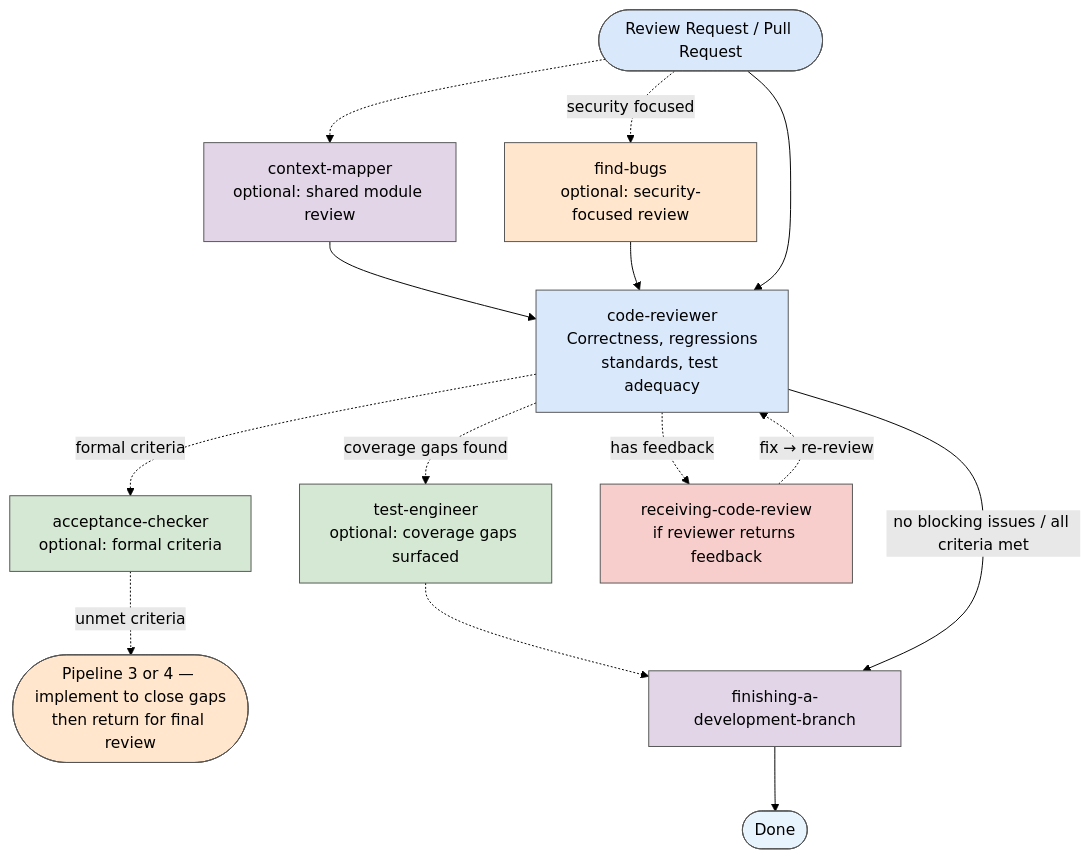
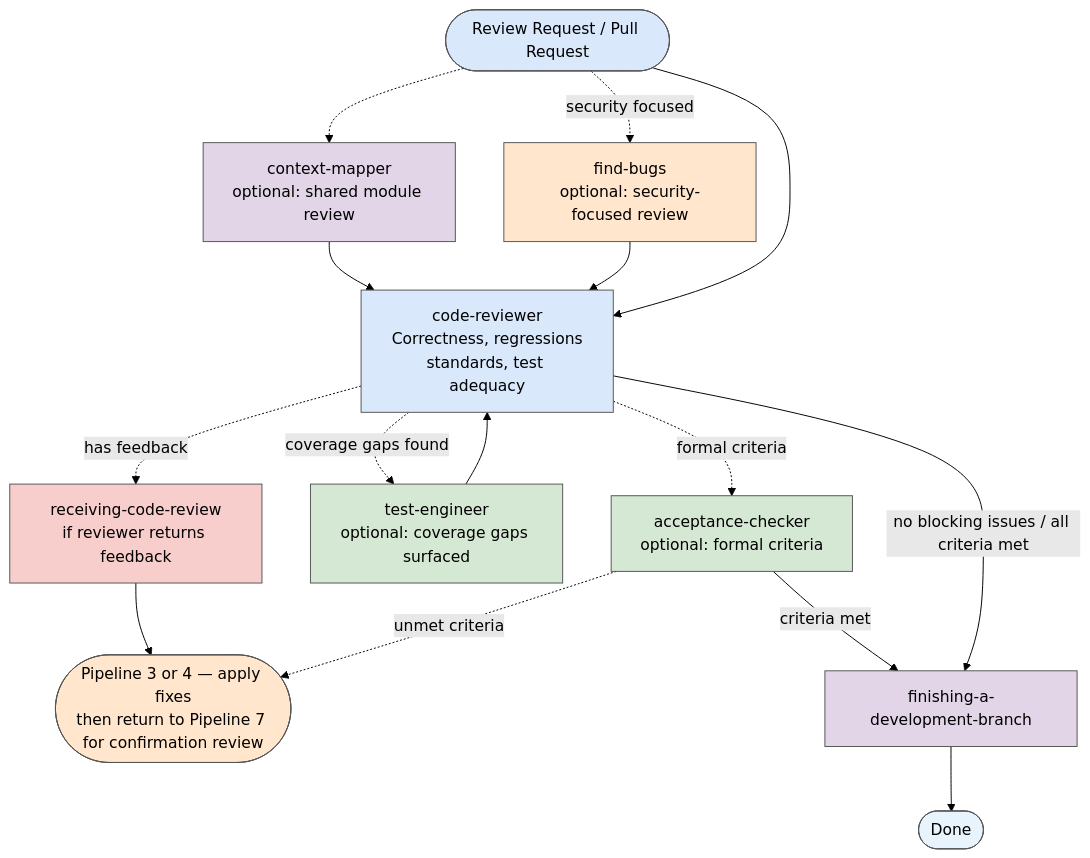
Before and after one commit to yuriyvsavchuk/devflow: the tenth of 13 diagrams in USER-MANUAL.md, drawn with Mermaid (forest theme). The commit also changed other lines of this file and 14 other files, not shown here.

````diff
--- a/USER-MANUAL.md
+++ b/USER-MANUAL.md
@@ -787,36 +919,37 @@
 ```mermaid
 graph TD
     classDef startEnd fill:#DAE8FC,stroke:#555
     classDef optional fill:#E1D5E7,stroke:#555
     classDef security fill:#FFE6CC,stroke:#555
     classDef review fill:#DAE8FC,stroke:#555
     classDef testing fill:#D5E8D4,stroke:#555
     classDef feedback fill:#F8CECC,stroke:#555
     classDef escalate fill:#FFE6CC,stroke:#555
     classDef done fill:#E8F4FD,stroke:#555
 
     start([Review Request / Pull Request]):::startEnd
     mapper[context-mapper<br/>optional: shared module review]:::optional
     bugs[find-bugs<br/>optional: security-focused review]:::security
     review[code-reviewer<br/>Correctness, regressions<br/>standards, test adequacy]:::review
     accept[acceptance-checker<br/>optional: formal criteria]:::testing
     tests[test-engineer<br/>optional: coverage gaps surfaced]:::testing
     rcr[receiving-code-review<br/>if reviewer returns feedback]:::feedback
-    escalate([Pipeline 3 or 4 — implement to close gaps<br/>then return for final review]):::escalate
+    escalate([Pipeline 3 or 4 — apply fixes<br/>then return to Pipeline 7 for confirmation review]):::escalate
     finish[finishing-a-development-branch]:::optional
     done([Done]):::done
 
     start -.-> mapper
     start -.->|security focused| bugs
     mapper --> review
     bugs --> review
     start --> review
     review -.->|formal criteria| accept
     review -.->|coverage gaps found| tests
     review -.->|has feedback| rcr
-    rcr -.->|fix → re-review| review
+    rcr --> escalate
+    tests --> review
     accept -.->|unmet criteria| escalate
-    tests -.-> finish
+    accept -->|criteria met| finish
     review -->|no blocking issues / all criteria met| finish
     finish --> done
 ```
````
